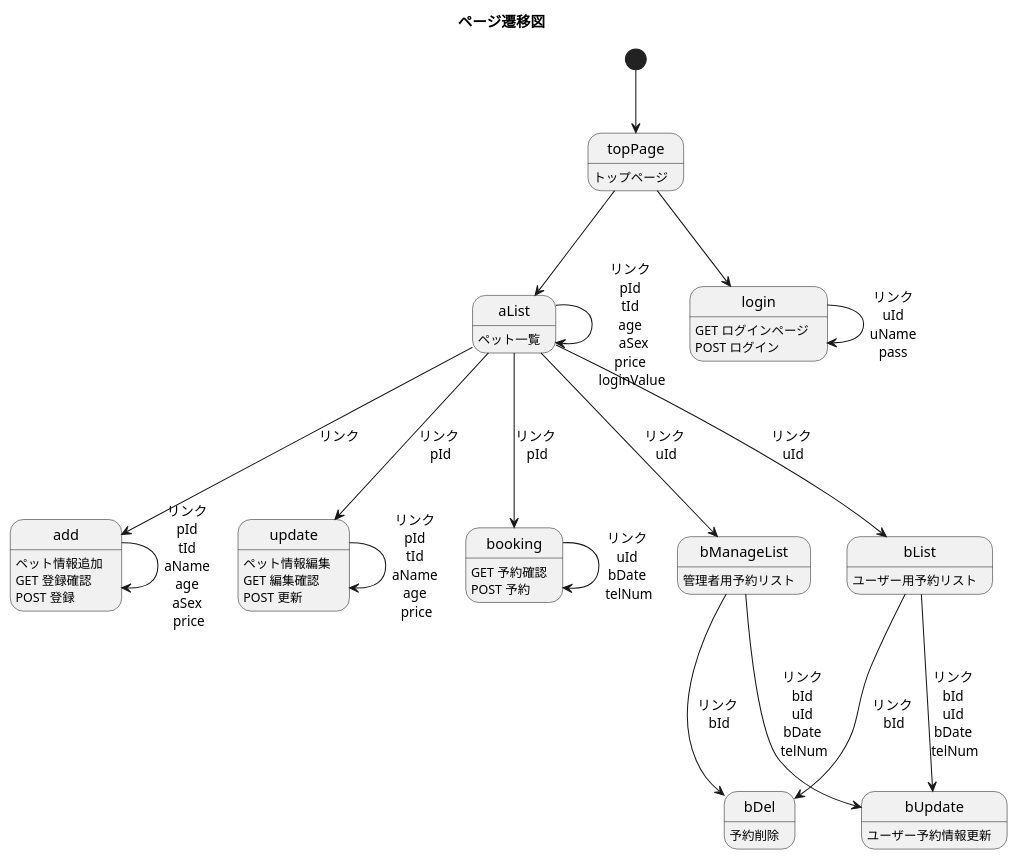
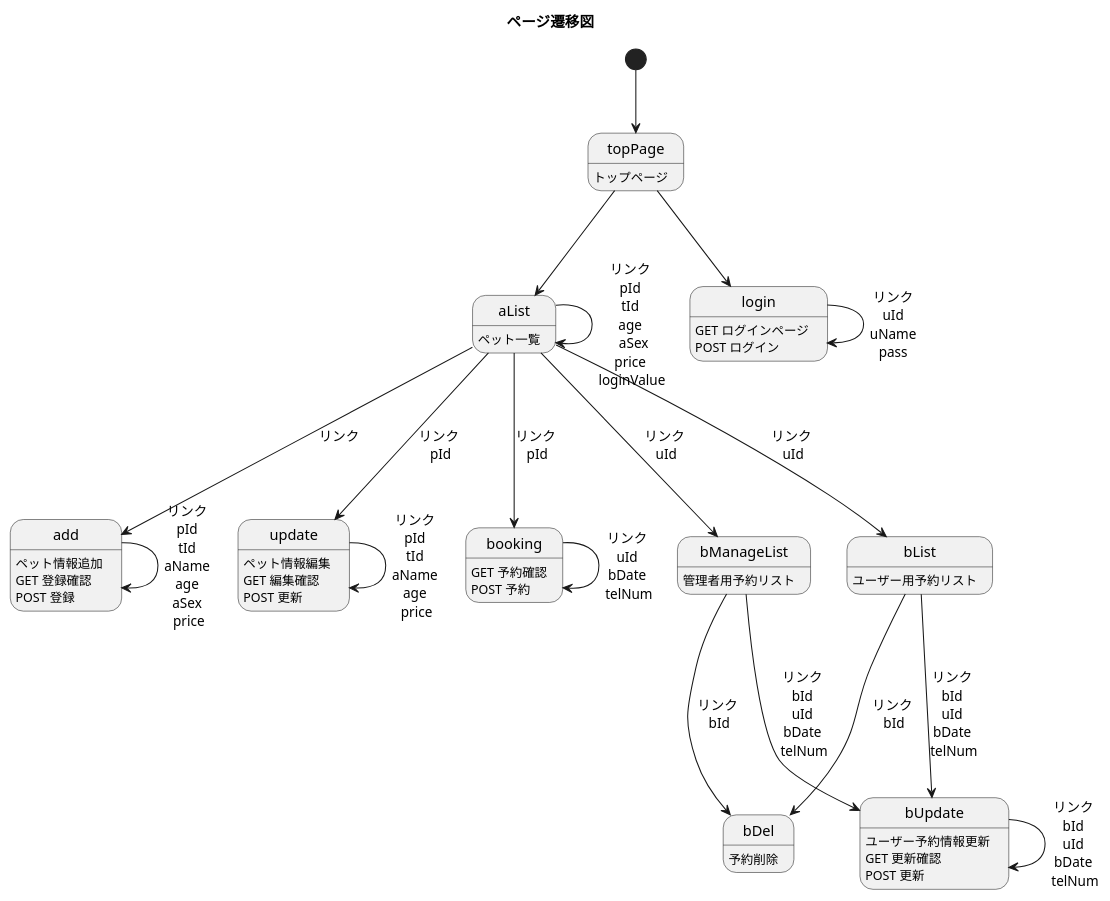
Before and after one commit to Tyamanaka07/WebSystem: the diagram in UML/screenTransitionDiagram.pu, drawn with PlantUML. The commit also changed 2 other files, not shown here.

```diff
--- a/UML/screenTransitionDiagram.pu
+++ b/UML/screenTransitionDiagram.pu
@@ -1,35 +1,36 @@
 @startuml
 title ページ遷移図
 
 topPage : トップページ
 aList : ペット一覧
 login : GET ログインページ \nPOST ログイン
 add : ペット情報追加 \nGET 登録確認 \nPOST 登録
 update : ペット情報編集 \nGET 編集確認 \nPOST 更新
 booking : GET 予約確認\nPOST 予約
 bDel : 予約削除
-bUpdate : ユーザー予約情報更新
+bUpdate : ユーザー予約情報更新 \nGET 更新確認 \nPOST 更新
 bList : ユーザー用予約リスト
 bManageList : 管理者用予約リスト
 
 
 [*] --> topPage
 topPage --> aList
 topPage --> login
 login --> login : リンク\nuId\nuName\npass
 aList --> add : リンク \n
 add --> add : リンク \npId \ntId \naName \nage \naSex \nprice
 aList --> booking : リンク \npId
 booking --> booking : リンク \nuId \nbDate \ntelNum
 aList --> bList : リンク \nuId
 bList --> bDel : リンク \nbId
 aList --> bManageList : リンク \nuId
 bManageList --> bDel : リンク \nbId
 aList --> aList : リンク \npId \ntId \nage \n aSex\nprice \nloginValue
 aList --> update : リンク \npId
 update --> update : リンク \npId \ntId \naName \nage \nprice
 bList --> bUpdate : リンク \nbId \nuId \nbDate \ntelNum
 bManageList --> bUpdate : リンク \nbId \nuId \nbDate \ntelNum
+bUpdate --> bUpdate : リンク \nbId \nuId \nbDate \ntelNum
 
 
 @enduml
```
